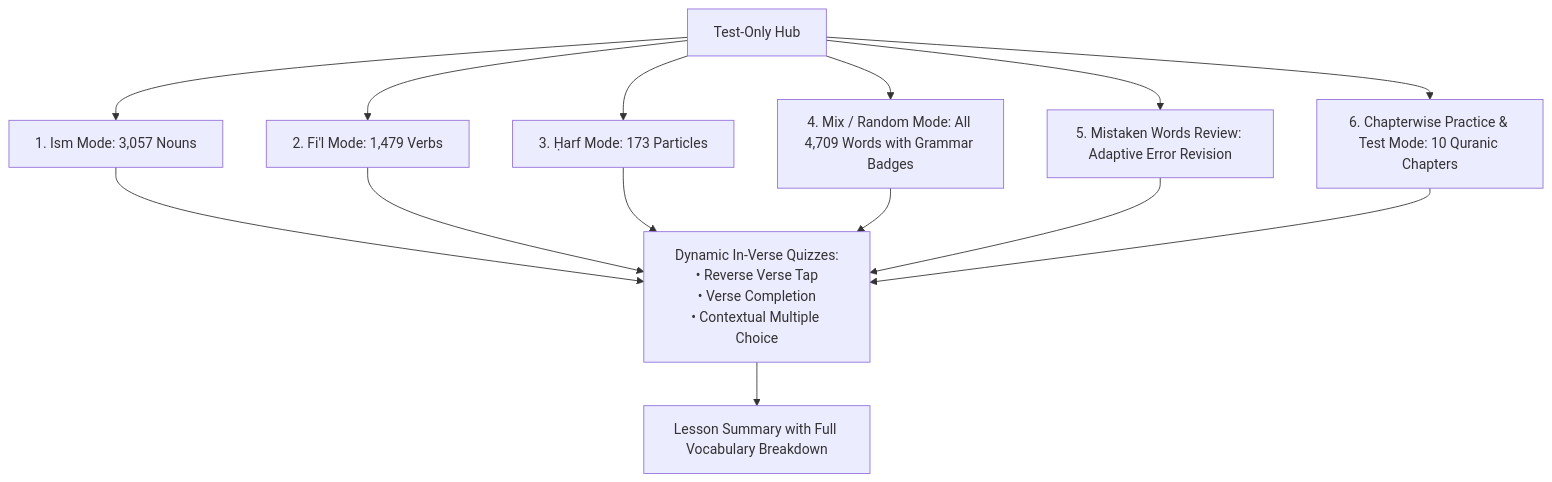
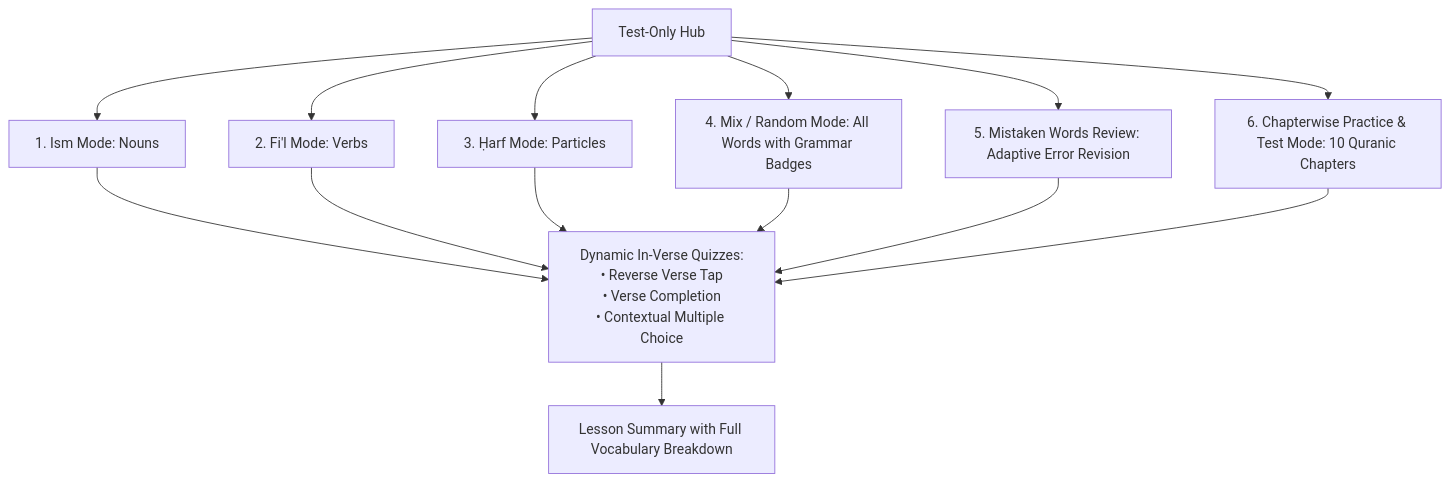
Before and after one commit to deanybytes/QuranicWords: the second of 3 diagrams in docs/USER_FLOWS.md, drawn with Mermaid. The commit also changed 10 other files, not shown here.

````diff
--- a/docs/USER_FLOWS.md
+++ b/docs/USER_FLOWS.md
@@ -46,11 +46,11 @@
 ```mermaid
 flowchart TD
-    TestHome[Test-Only Hub] --> Mode1[1. Ism Mode: 3,057 Nouns]
-    TestHome --> Mode2[2. Fi'l Mode: 1,479 Verbs]
-    TestHome --> Mode3[3. Ḥarf Mode: 173 Particles]
-    TestHome --> Mode4[4. Mix / Random Mode: All 4,709 Words with Grammar Badges]
+    TestHome[Test-Only Hub] --> Mode1[1. Ism Mode: Nouns]
+    TestHome --> Mode2[2. Fi'l Mode: Verbs]
+    TestHome --> Mode3[3. Ḥarf Mode: Particles]
+    TestHome --> Mode4[4. Mix / Random Mode: All Words with Grammar Badges]
     TestHome --> Mode5[5. Mistaken Words Review: Adaptive Error Revision]
     TestHome --> Mode6[6. Chapterwise Practice & Test Mode: 10 Quranic Chapters]
     Mode1 & Mode2 & Mode3 & Mode4 & Mode5 & Mode6 --> DynQuiz[Dynamic In-Verse Quizzes:<br/>• Reverse Verse Tap<br/>• Verse Completion<br/>• Contextual Multiple Choice]
     DynQuiz --> Summary[Lesson Summary with Full Vocabulary Breakdown]
 ```
````
